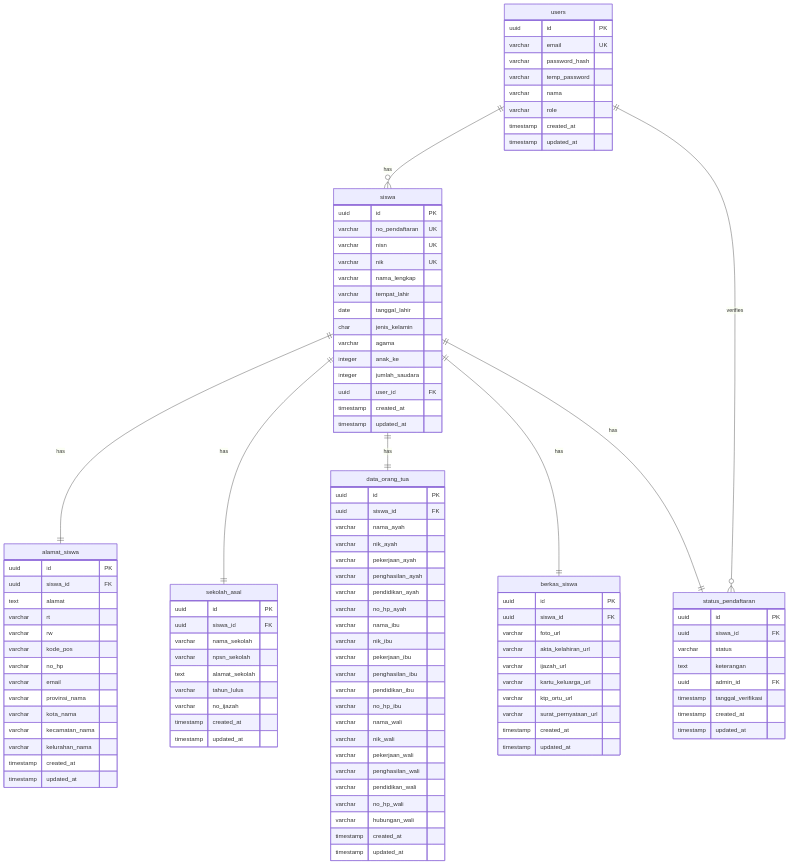
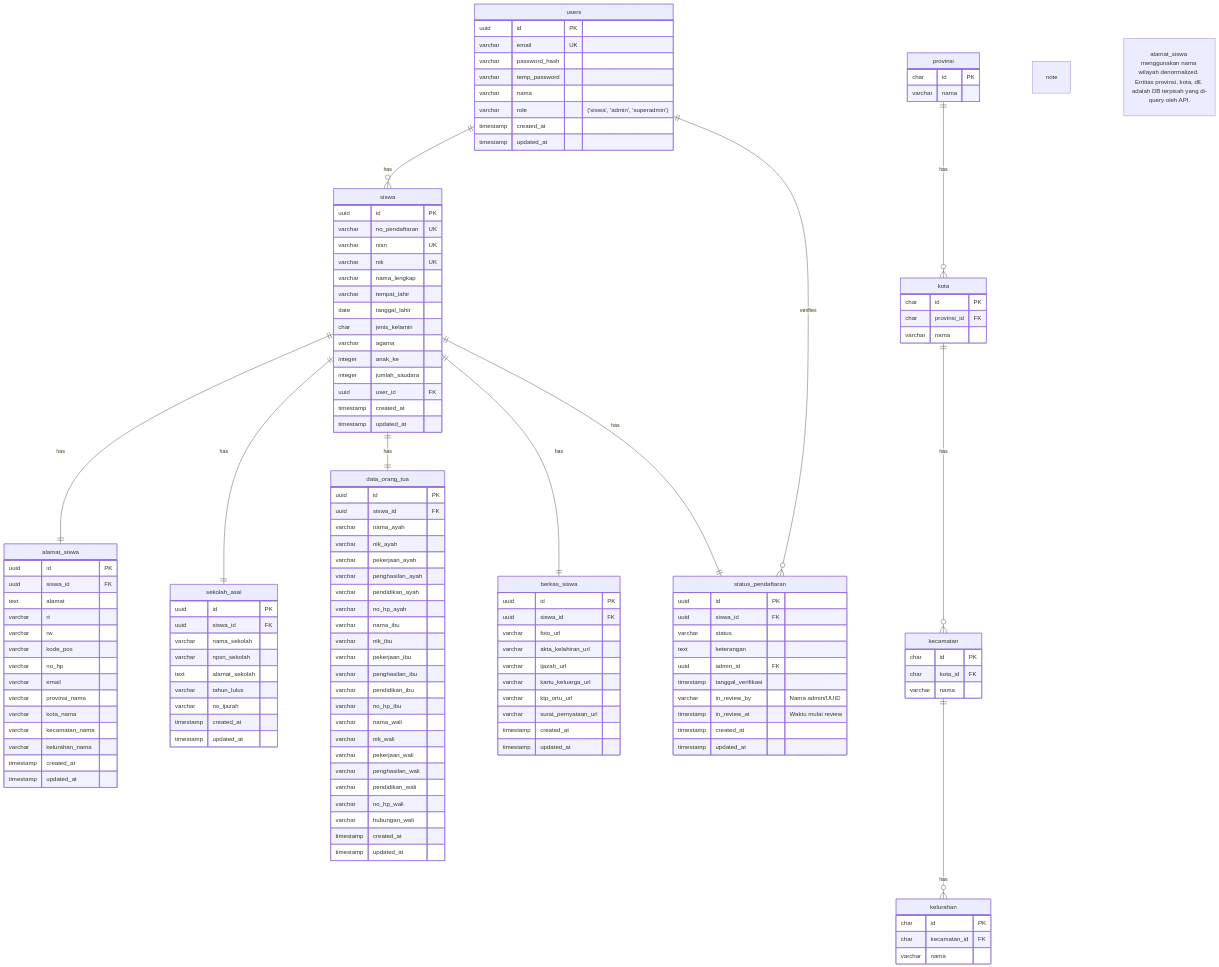
The diagram in DATABASE_ERD.md (GPadaka19/ppdbmtsn1wk-react), drawn with Mermaid before and after one commit.

Commit message:
feat: Enhance DATABASE_ERD with detailed role definitions, add review fields, and introduce external database structure for regional entities

````diff
--- a/DATABASE_ERD.md
+++ b/DATABASE_ERD.md
@@ -14,7 +14,7 @@
         varchar password_hash
         varchar temp_password
         varchar nama
-        varchar role
+        varchar role "('siswa', 'admin', 'superadmin')"
         timestamp created_at
         timestamp updated_at
     }
@@ -117,11 +117,13 @@
         text keterangan
         uuid admin_id FK
         timestamp tanggal_verifikasi
+        varchar in_review_by "Nama admin/UUID"
+        timestamp in_review_at "Waktu mulai review"
         timestamp created_at
         timestamp updated_at
     }
 
-    %% Relationships
+    %% Relationships (Aplikasi Utama)
     users ||--o{ siswa : "has"
     siswa ||--|| alamat_siswa : "has"
     siswa ||--|| sekolah_asal : "has"
@@ -129,4 +131,32 @@
     siswa ||--|| berkas_siswa : "has"
     siswa ||--|| status_pendaftaran : "has"
     users ||--o{ status_pendaftaran : "verifies"
+
+    %% --- Database Wilayah (Eksternal/Shared) ---
+    %% Direferensikan oleh GET /api/wilayah/*
+    provinsi {
+        char id PK
+        varchar nama
+    }
+    kota {
+        char id PK
+        char provinsi_id FK
+        varchar nama
+    }
+    kecamatan {
+        char id PK
+        char kota_id FK
+        varchar nama
+    }
+    kelurahan {
+        char id PK
+        char kecamatan_id FK
+        varchar nama
+    }
+
+    provinsi ||--o{ kota : "has"
+    kota ||--o{ kecamatan : "has"
+    kecamatan ||--o{ kelurahan : "has"
+
+    note "alamat_siswa menggunakan nama wilayah denormalized. Entitas provinsi, kota, dll. adalah DB terpisah yang di-query oleh API."
 ```
````
